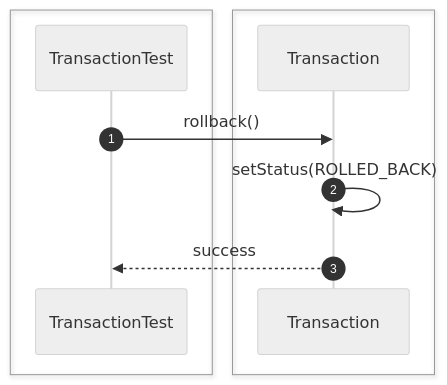
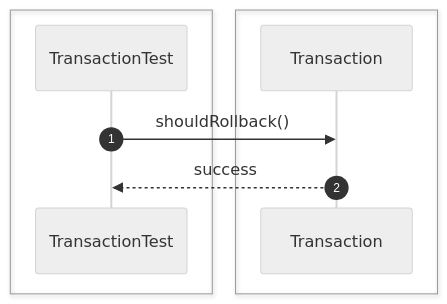
Diagram 15 of 54 in src/sequence/transaction.md (Huy1801214/dbms-architecture), drawn with Mermaid (neutral theme) before and after one commit. The commit also changed other lines of this file and 68 other files, not shown here.

Commit message:
implement comprehensive unit test suite and architectural sequence documentation

````diff
--- a/src/sequence/transaction.md
+++ b/src/sequence/transaction.md
@@ -254,15 +218,13 @@
 ```mermaid
 sequenceDiagram
     autonumber
-
     box #e1f5fe Test Suite
     participant Test as TransactionTest
     end
-    box #ffebee Transaction Components
-    participant Tx as Transaction
+    box #ffebee Transaction Component
+    participant T as Transaction
     end
 
-    Test->>Tx: rollback()
-    Tx->>Tx: setStatus(ROLLED_BACK)
-    Tx-->>Test: success
+    Test->>T: shouldRollback()
+    T-->>Test: success
 ```
````
